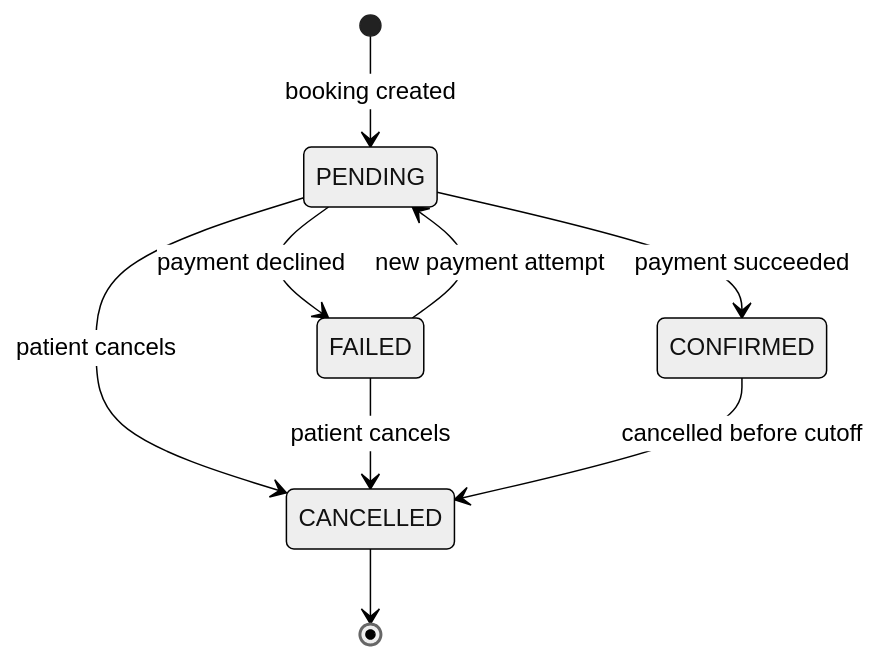
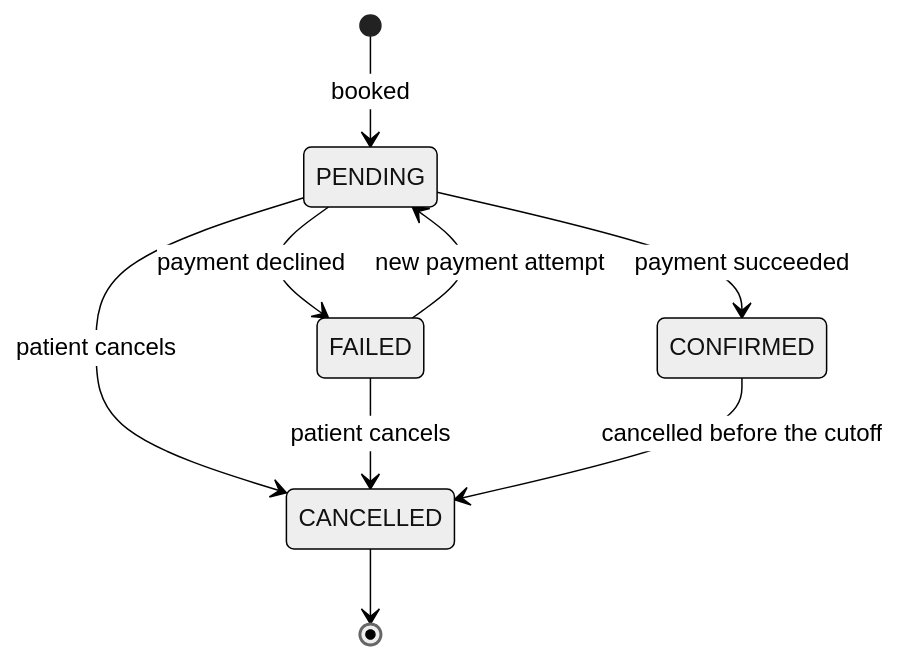
The sixth of 6 diagrams in README.md (BlackBeanEagles/evehealthcare), drawn with Mermaid (neutral theme) before and after one commit. The commit also changed other lines of this file, not shown here.

First line of the commit message:
docs: restructure the README around the brief, add an architecture section

````diff
--- a/README.md
+++ b/README.md
@@ -367,11 +454,11 @@
 ```mermaid
 stateDiagram-v2
-    [*] --> PENDING: booking created
+    [*] --> PENDING: booked
     PENDING --> CONFIRMED: payment succeeded
     PENDING --> FAILED: payment declined
     PENDING --> CANCELLED: patient cancels
     FAILED --> PENDING: new payment attempt
     FAILED --> CANCELLED: patient cancels
-    CONFIRMED --> CANCELLED: cancelled before cutoff
+    CONFIRMED --> CANCELLED: cancelled before the cutoff
     CANCELLED --> [*]
 ```
````
